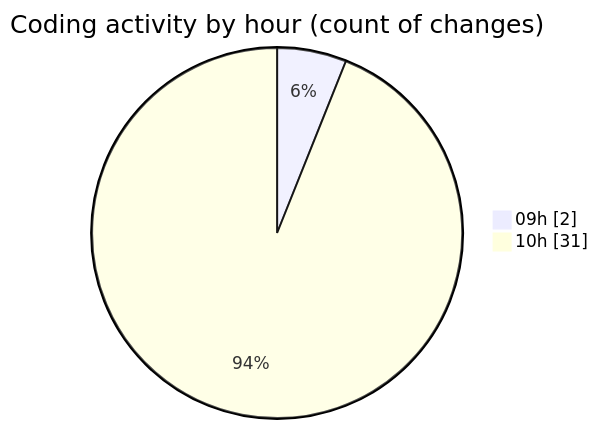
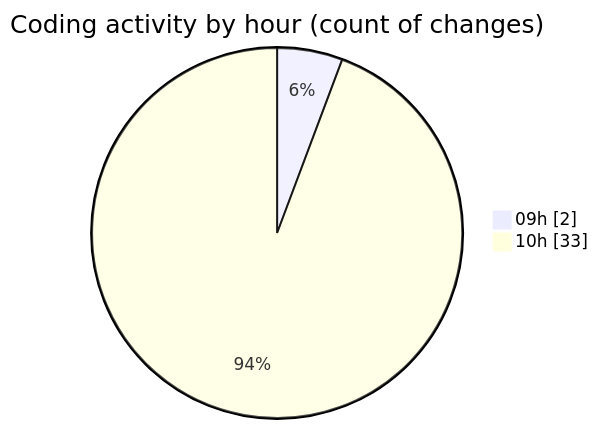
One commit to momahboobian/code-tracking changed the second of 2 diagrams in 2025-08-12/cda/README.md. Above: the diagram before and after it, drawn with Mermaid. The commit also changed other lines of this file and 1 other file, not shown here.

````diff
--- a/2025-08-12/cda/README.md
+++ b/2025-08-12/cda/README.md
@@ -35,6 +35,6 @@
 ```mermaid
 pie showData
 title Coding activity by hour (count of changes)
 "09h" : 2
-"10h" : 31
+"10h" : 33
 ```
````
